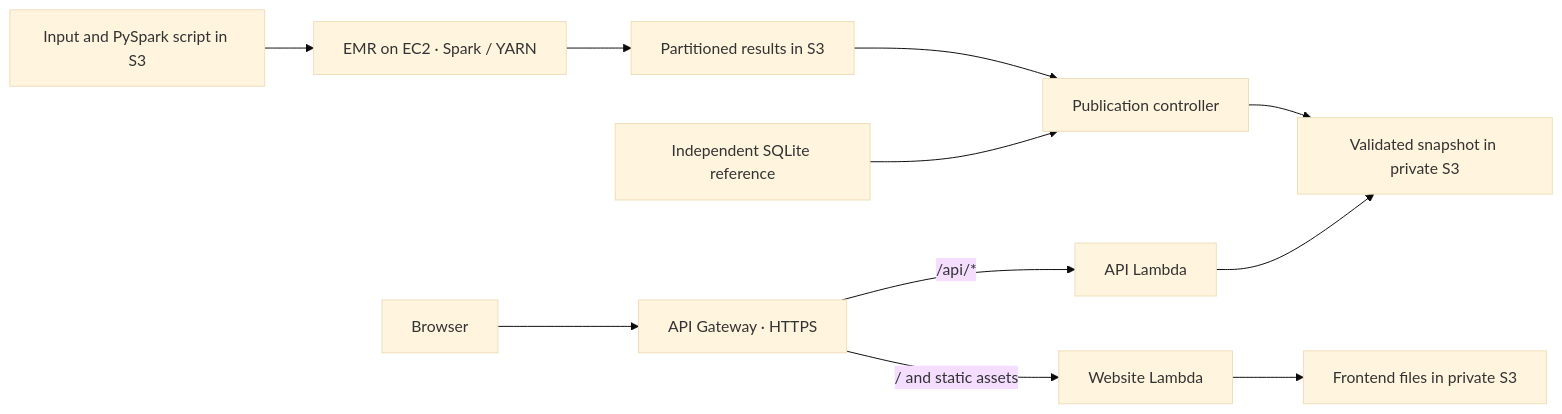
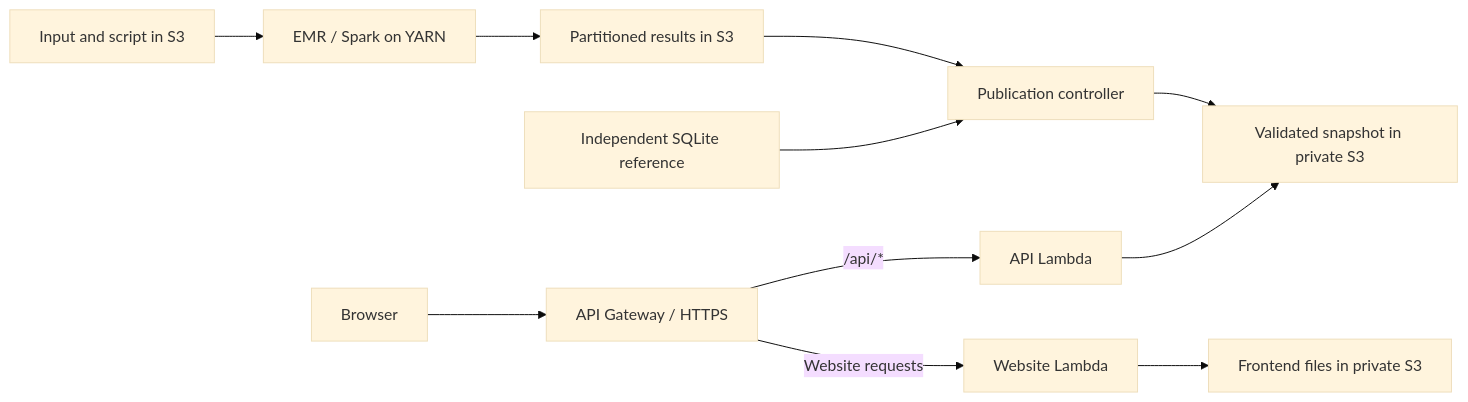
One commit to Alan42x/twitter-network-analytics changed the diagram in README.md. Above: the diagram before and after it, drawn with Mermaid (base theme). The commit also changed other lines of this file and 30 other files, not shown here.

````diff
--- a/README.md
+++ b/README.md
@@ -20,13 +49,13 @@
 ```mermaid
 flowchart LR
-    Input["Input and PySpark script in S3"] --> Spark["EMR on EC2 · Spark / YARN"]
-    Spark --> Output["Partitioned results in S3"]
-    Output --> Controller["Publication controller"]
-    Reference["Independent SQLite reference"] --> Controller
+    Input["Input and script in S3"] --> Spark["EMR / Spark on YARN"]
+    Spark --> Parts["Partitioned results in S3"]
+    Parts --> Controller["Publication controller"]
+    SQLite["Independent SQLite reference"] --> Controller
     Controller --> Snapshot["Validated snapshot in private S3"]
-    Browser["Browser"] --> Gateway["API Gateway · HTTPS"]
+    Browser["Browser"] --> Gateway["API Gateway / HTTPS"]
     Gateway -->|"/api/*"|API["API Lambda"]
     API --> Snapshot
-    Gateway -->|"/ and static assets"|Web["Website Lambda"]
+    Gateway -->|"Website requests"|Web["Website Lambda"]
     Web --> Assets["Frontend files in private S3"]
 ```
````
